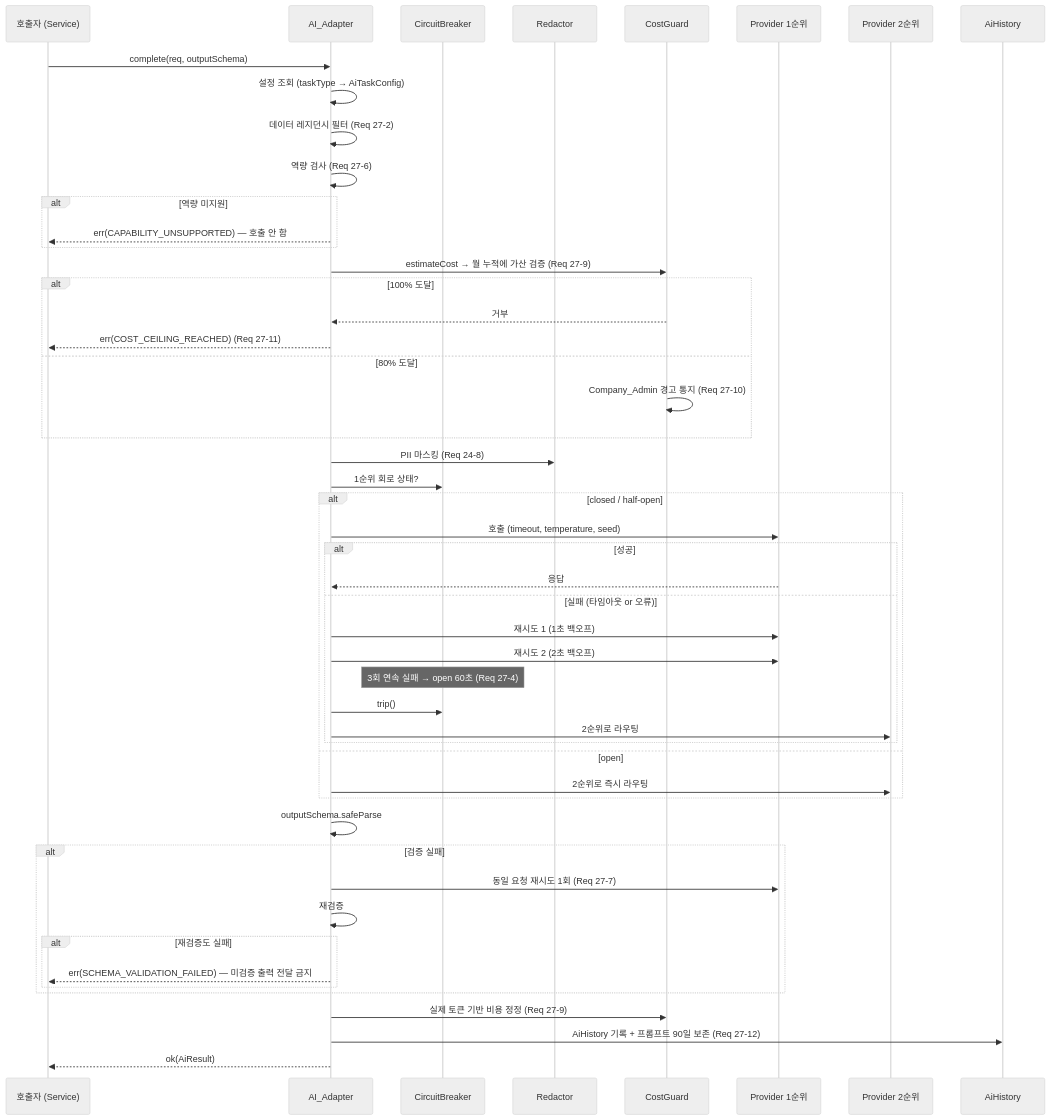
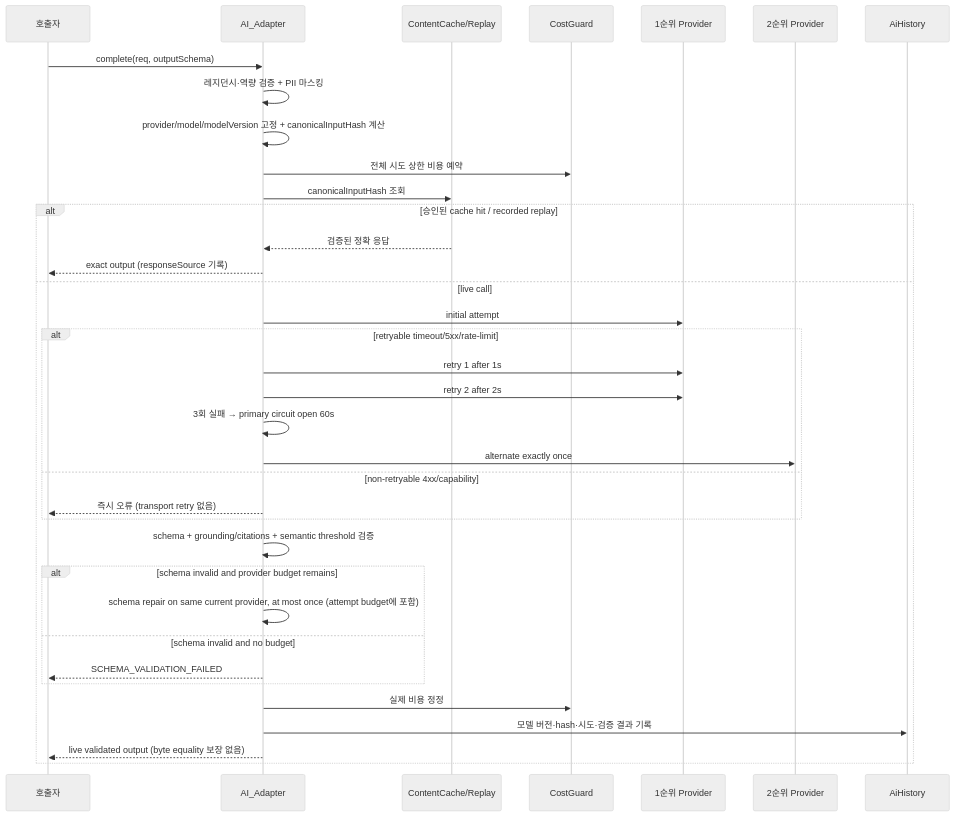
Before and after one commit to musclebreadbread-stack/AI-ESG-Twin-Exchange: the eighth of 22 diagrams in .kiro/specs/ai-esg-twin-exchange/design.md, drawn with Mermaid (neutral theme). The commit also changed other lines of this file and 3 other files, not shown here.

First line of the commit message:
feat: implement Tasks 3.1–3.12 (DB schema) + Task 5.1 (Job queue port)

````diff
--- a/.kiro/specs/ai-esg-twin-exchange/design.md
+++ b/.kiro/specs/ai-esg-twin-exchange/design.md
@@ -2666,53 +2742,39 @@
 ```mermaid
 sequenceDiagram
-    participant C as 호출자 (Service)
+    participant C as 호출자
     participant A as AI_Adapter
-    participant CB as CircuitBreaker
-    participant RD as Redactor
+    participant CA as ContentCache/Replay
     participant CO as CostGuard
-    participant P1 as Provider 1순위
-    participant P2 as Provider 2순위
+    participant P1 as 1순위 Provider
+    participant P2 as 2순위 Provider
     participant H as AiHistory
 
     C->>A: complete(req, outputSchema)
-    A->>A: 설정 조회 (taskType → AiTaskConfig)
-    A->>A: 데이터 레지던시 필터 (Req 27-2)
-    A->>A: 역량 검사 (Req 27-6)
-    alt 역량 미지원
-        A-->>C: err(CAPABILITY_UNSUPPORTED) — 호출 안 함
+    A->>A: 레지던시·역량 검증 + PII 마스킹
+    A->>A: provider/model/modelVersion 고정 + canonicalInputHash 계산
+    A->>CO: 전체 시도 상한 비용 예약
+    A->>CA: canonicalInputHash 조회
+    alt 승인된 cache hit / recorded replay
+        CA-->>A: 검증된 정확 응답
+        A-->>C: exact output (responseSource 기록)
+    else live call
+        A->>P1: initial attempt
+        alt retryable timeout/5xx/rate-limit
+            A->>P1: retry 1 after 1s
+            A->>P1: retry 2 after 2s
+            A->>A: 3회 실패 → primary circuit open 60s
+            A->>P2: alternate exactly once
+        else non-retryable 4xx/capability
+            A-->>C: 즉시 오류 (transport retry 없음)
+        end
+        A->>A: schema + grounding/citations + semantic threshold 검증
+        alt schema invalid and provider budget remains
+            A->>A: schema repair on same current provider, at most once (attempt budget에 포함)
+        else schema invalid and no budget
+            A-->>C: SCHEMA_VALIDATION_FAILED
+        end
+        A->>CO: 실제 비용 정정
+        A->>H: 모델 버전·hash·시도·검증 결과 기록
+        A-->>C: live validated output (byte equality 보장 없음)
     end
-    A->>CO: estimateCost → 월 누적에 가산 검증 (Req 27-9)
-    alt 100% 도달
-        CO-->>A: 거부
-        A-->>C: err(COST_CEILING_REACHED) (Req 27-11)
-    else 80% 도달
-        CO->>CO: Company_Admin 경고 통지 (Req 27-10)
-    end
-    A->>RD: PII 마스킹 (Req 24-8)
-    A->>CB: 1순위 회로 상태?
-    alt closed / half-open
-        A->>P1: 호출 (timeout, temperature, seed)
-        alt 성공
-            P1-->>A: 응답
-        else 실패 (타임아웃 or 오류)
-            A->>P1: 재시도 1 (1초 백오프)
-            A->>P1: 재시도 2 (2초 백오프)
-            Note over CB: 3회 연속 실패 → open 60초 (Req 27-4)
-            A->>CB: trip()
-            A->>P2: 2순위로 라우팅
-        end
-    else open
-        A->>P2: 2순위로 즉시 라우팅
-    end
-    A->>A: outputSchema.safeParse
-    alt 검증 실패
-        A->>P1: 동일 요청 재시도 1회 (Req 27-7)
-        A->>A: 재검증
-        alt 재검증도 실패
-            A-->>C: err(SCHEMA_VALIDATION_FAILED) — 미검증 출력 전달 금지
-        end
-    end
-    A->>CO: 실제 토큰 기반 비용 정정 (Req 27-9)
-    A->>H: AiHistory 기록 + 프롬프트 90일 보존 (Req 27-12)
-    A-->>C: ok(AiResult)
 ```
````
